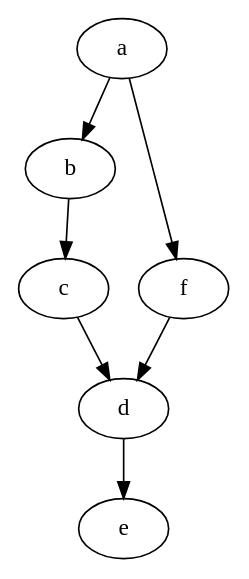
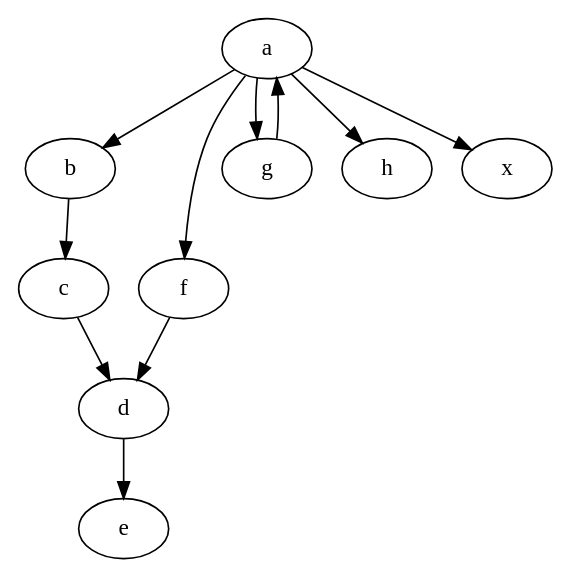
Before and after one commit to willianschelles/graph-cgraph: the diagram in grafo.dot, drawn with Graphviz. The commit also changed 2 other files, not shown here.

Commit message:
add "degree" in structure of vertice add function to copy graph, to not use more graph as reference add function to get degree of graph, if directed -> input or output degree

```diff
--- a/grafo.dot
+++ b/grafo.dot
@@ -1,5 +1,9 @@
 digraph willianOGrande {
      a -> b -> c -> d;
      d -> e;
      a -> f -> d;
+     a -> g;
+     a -> h;
+     a -> x;
+     g -> a	
  }
```
